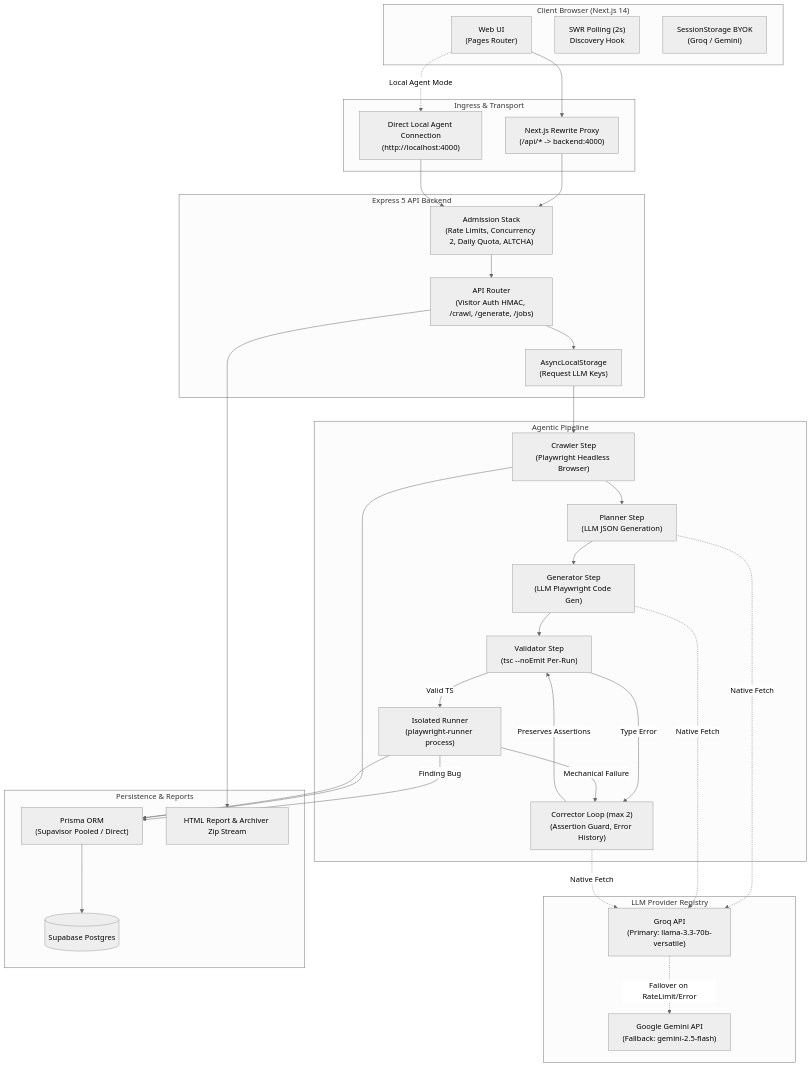
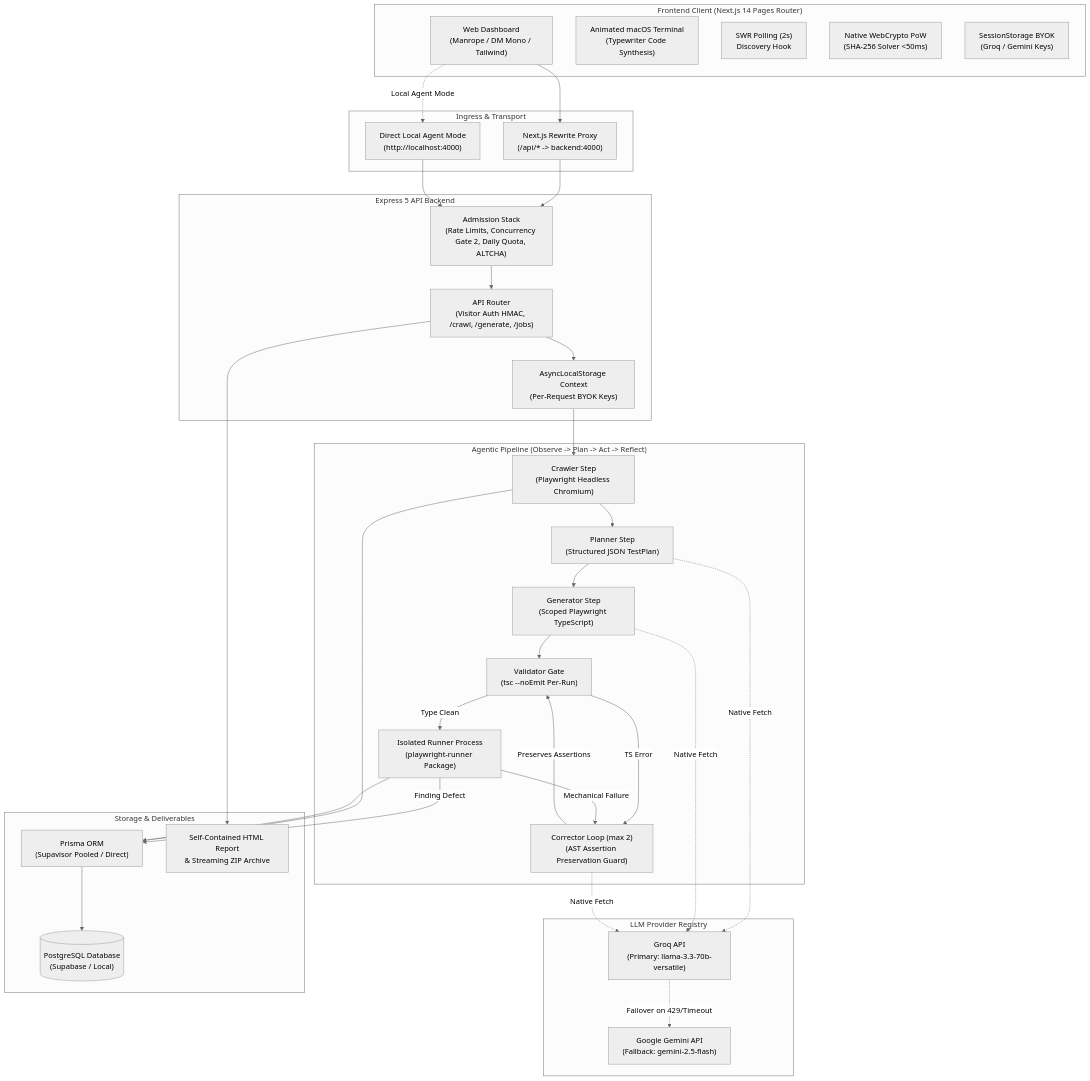
The diagram in Readme.md (vansh412f/agentic-test-case-generator), drawn with Mermaid (neutral theme) before and after one commit. The commit also changed other lines of this file, not shown here.

````diff
--- a/Readme.md
+++ b/Readme.md
@@ -22,63 +87,65 @@
 ```mermaid
 flowchart TD
-    subgraph Client["Client Browser (Next.js 14)"]
-        UI["Web UI\n(Pages Router)"]
+    subgraph Client["Frontend Client (Next.js 14 Pages Router)"]
+        UI["Web Dashboard\n(Manrope / DM Mono / Tailwind)"]
+        Terminal["Animated macOS Terminal\n(Typewriter Code Synthesis)"]
         SWR["SWR Polling (2s)\nDiscovery Hook"]
-        BYOK["SessionStorage BYOK\n(Groq / Gemini)"]
+        PoW["Native WebCrypto PoW\n(SHA-256 Solver <50ms)"]
+        BYOK["SessionStorage BYOK\n(Groq / Gemini Keys)"]
     end
 
-    subgraph Ingress["Ingress & Transport"]
+    subgraph Transport["Ingress & Transport"]
         Proxy["Next.js Rewrite Proxy\n(/api/* -> backend:4000)"]
-        Direct["Direct Local Agent Connection\n(http://localhost:4000)"]
+        Direct["Direct Local Agent Mode\n(http://localhost:4000)"]
     end
 
     subgraph Backend["Express 5 API Backend"]
-        Gate["Admission Stack\n(Rate Limits, Concurrency 2, Daily Quota, ALTCHA)"]
+        Admission["Admission Stack\n(Rate Limits, Concurrency Gate 2, Daily Quota, ALTCHA)"]
         Router["API Router\n(Visitor Auth HMAC, /crawl, /generate, /jobs)"]
-        ALS["AsyncLocalStorage\n(Request LLM Keys)"]
+        ALS["AsyncLocalStorage Context\n(Per-Request BYOK Keys)"]
     end
 
-    subgraph Pipeline["Agentic Pipeline"]
-        Crawler["Crawler Step\n(Playwright Headless Browser)"]
-        Planner["Planner Step\n(LLM JSON Generation)"]
-        Generator["Generator Step\n(LLM Playwright Code Gen)"]
-        Validator["Validator Step\n(tsc --noEmit Per-Run)"]
-        Runner["Isolated Runner\n(playwright-runner process)"]
-        Corrector["Corrector Loop (max 2)\n(Assertion Guard, Error History)"]
+    subgraph Pipeline["Agentic Pipeline (Observe -> Plan -> Act -> Reflect)"]
+        Crawler["Crawler Step\n(Playwright Headless Chromium)"]
+        Planner["Planner Step\n(Structured JSON TestPlan)"]
+        Generator["Generator Step\n(Scoped Playwright TypeScript)"]
+        Validator["Validator Gate\n(tsc --noEmit Per-Run)"]
+        Runner["Isolated Runner Process\n(playwright-runner Package)"]
+        Corrector["Corrector Loop (max 2)\n(AST Assertion Preservation Guard)"]
     end
 
     subgraph LLM["LLM Provider Registry"]
         Groq["Groq API\n(Primary: llama-3.3-70b-versatile)"]
         Gemini["Google Gemini API\n(Fallback: gemini-2.5-flash)"]
     end
 
-    subgraph Storage["Persistence & Reports"]
+    subgraph Persistence["Storage & Deliverables"]
         Prisma["Prisma ORM\n(Supavisor Pooled / Direct)"]
-        DB[("Supabase Postgres")]
-        Report["HTML Report & Archiver Zip Stream"]
+        DB[("PostgreSQL Database\n(Supabase / Local)")]
+        Report["Self-Contained HTML Report\n& Streaming ZIP Archive"]
     end
 
     UI --> Proxy
     UI -. Local Agent Mode .-> Direct
-    Proxy --> Gate
-    Direct --> Gate
-    Gate --> Router
+    Proxy --> Admission
+    Direct --> Admission
+    Admission --> Router
     Router --> ALS
     ALS --> Crawler
     Crawler --> Planner
     Planner --> Generator
     Generator --> Validator
-    Validator -- Valid TS --> Runner
-    Validator -- Type Error --> Corrector
-    Runner -- Finding Bug --> Prisma
+    Validator -- Type Clean --> Runner
+    Validator -- TS Error --> Corrector
+    Runner -- Finding Defect --> Prisma
     Runner -- Mechanical Failure --> Corrector
     Corrector -- Preserves Assertions --> Validator
     Planner -. Native Fetch .-> Groq
     Generator -. Native Fetch .-> Groq
     Corrector -. Native Fetch .-> Groq
-    Groq -. Failover on RateLimit/Error .-> Gemini
+    Groq -. Failover on 429/Timeout .-> Gemini
     Crawler --> Prisma
     Runner --> Prisma
     Prisma --> DB
     Router --> Report
 ```
````
